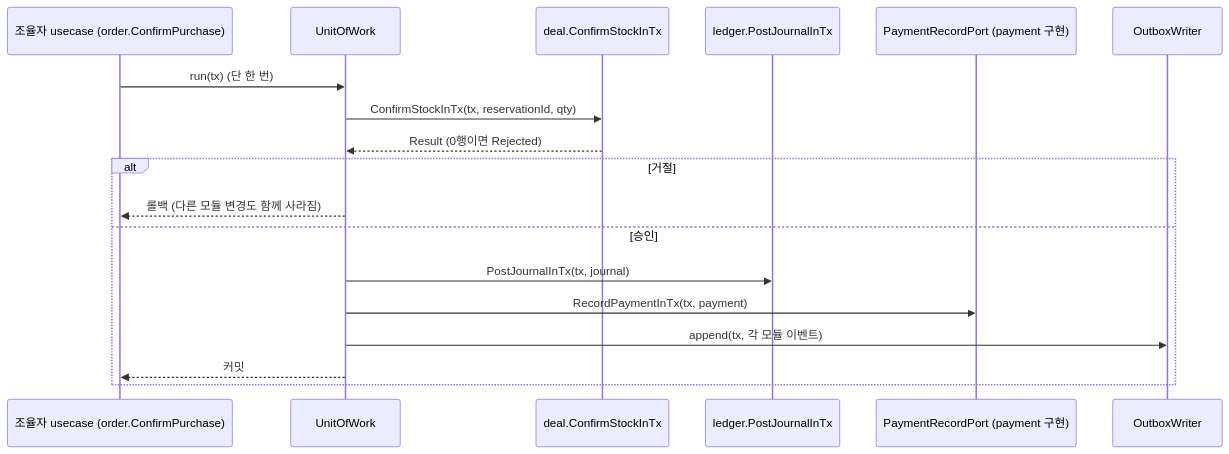
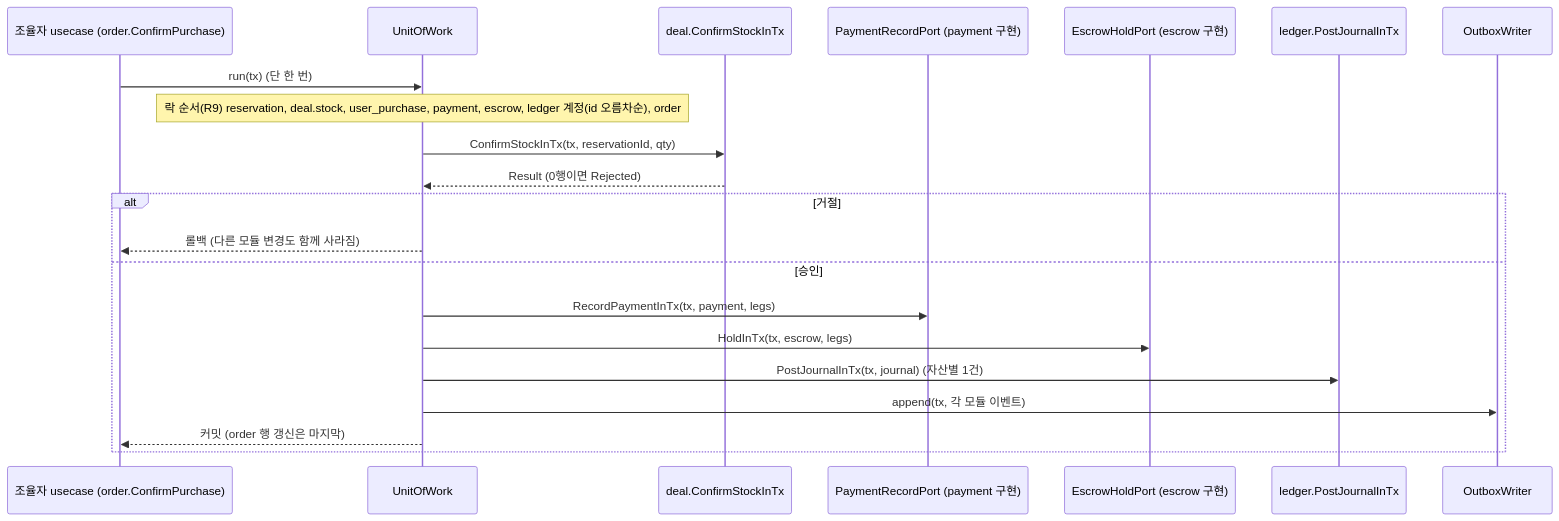
Before and after one commit to 1985jwlee/portpolio_backend: the fourth of 11 diagrams in docs/design/phases/00-platform-evolution.md, drawn with Mermaid. The commit also changed other lines of this file and 50 other files, not shown here.

````diff
--- a/docs/design/phases/00-platform-evolution.md
+++ b/docs/design/phases/00-platform-evolution.md
@@ -306,20 +314,23 @@
 ```mermaid
 sequenceDiagram
     participant A as 조율자 usecase (order.ConfirmPurchase)
     participant U as UnitOfWork
     participant D as deal.ConfirmStockInTx
+    participant P as PaymentRecordPort (payment 구현)
+    participant E as EscrowHoldPort (escrow 구현)
     participant L as ledger.PostJournalInTx
-    participant P as PaymentRecordPort (payment 구현)
     participant O as OutboxWriter
     A->>U: run(tx)  (단 한 번)
+    Note over U: 락 순서(R9) reservation, deal.stock, user_purchase, payment, escrow, ledger 계정(id 오름차순), order
     U->>D: ConfirmStockInTx(tx, reservationId, qty)
     D-->>U: Result (0행이면 Rejected)
     alt 거절
         U-->>A: 롤백 (다른 모듈 변경도 함께 사라짐)
     else 승인
-        U->>L: PostJournalInTx(tx, journal)
-        U->>P: RecordPaymentInTx(tx, payment)
+        U->>P: RecordPaymentInTx(tx, payment, legs)
+        U->>E: HoldInTx(tx, escrow, legs)
+        U->>L: PostJournalInTx(tx, journal) (자산별 1건)
         U->>O: append(tx, 각 모듈 이벤트)
-        U-->>A: 커밋
+        U-->>A: 커밋 (order 행 갱신은 마지막)
     end
 ```
````
